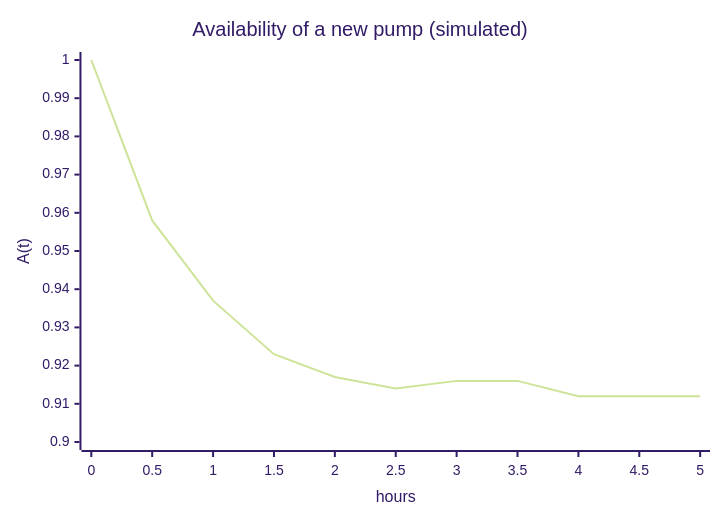
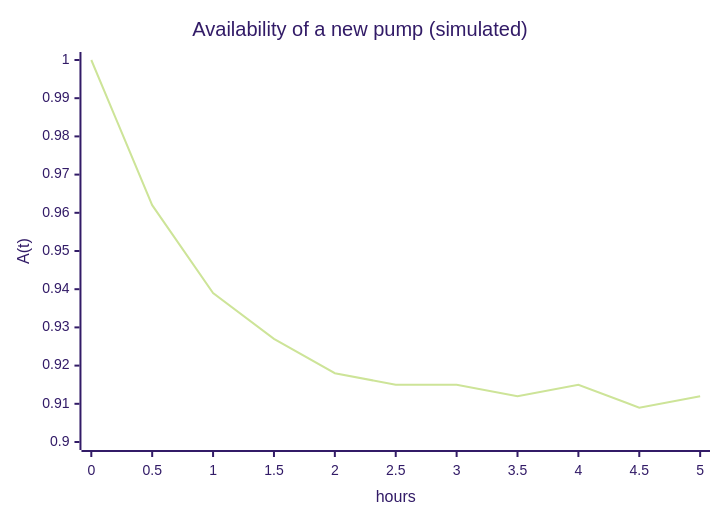
One commit to derrynknife/RePyability changed the first of 2 diagrams in docs/learn/availability.md. Above: the diagram before and after it, drawn with Mermaid (forest theme). The commit also changed other lines of this file and 29 other files, not shown here.

````diff
--- a/docs/learn/availability.md
+++ b/docs/learn/availability.md
@@ -217,7 +217,7 @@
 ```mermaid
 xychart-beta
     title "Availability of a new pump (simulated)"
     x-axis "hours" ["0", "0.5", "1", "1.5", "2", "2.5", "3", "3.5", "4", "4.5", "5"]
     y-axis "A(t)" 0.9 --> 1
-    line [1, 0.958, 0.937, 0.923, 0.917, 0.914, 0.916, 0.916, 0.912, 0.912, 0.912]
+    line [1, 0.962, 0.939, 0.927, 0.918, 0.915, 0.915, 0.912, 0.915, 0.909, 0.912]
 ```
````
